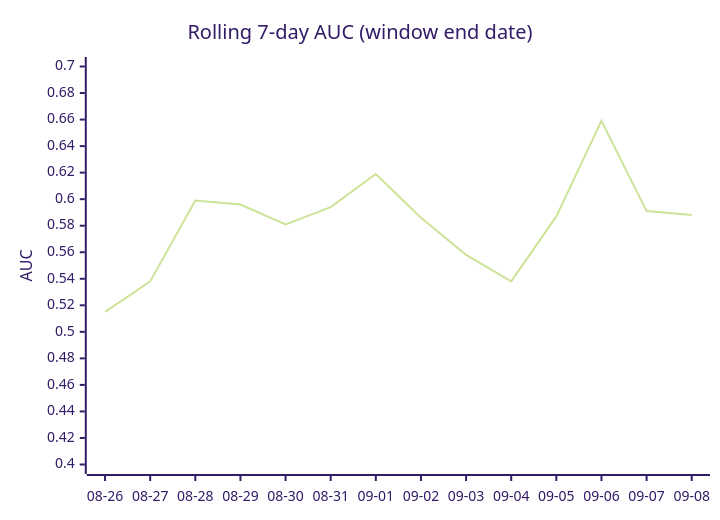
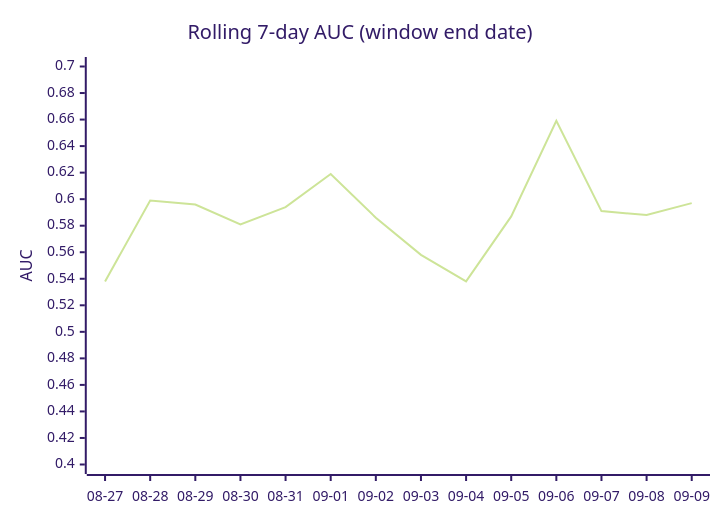
The third of 4 diagrams in DAILY_AGSU_REPORT.md (dpk1212/nhl-savant), drawn with Mermaid (forest theme) before and after one commit. The commit also changed other lines of this file, not shown here.

````diff
--- a/DAILY_AGSU_REPORT.md
+++ b/DAILY_AGSU_REPORT.md
@@ -863,7 +858,7 @@
 ```mermaid
 xychart-beta
     title "Rolling 7-day AUC (window end date)"
-    x-axis ["08-26", "08-27", "08-28", "08-29", "08-30", "08-31", "09-01", "09-02", "09-03", "09-04", "09-05", "09-06", "09-07", "09-08"]
+    x-axis ["08-27", "08-28", "08-29", "08-30", "08-31", "09-01", "09-02", "09-03", "09-04", "09-05", "09-06", "09-07", "09-08", "09-09"]
     y-axis "AUC" 0.4 --> 0.7
-    line [0.515, 0.538, 0.599, 0.596, 0.581, 0.594, 0.619, 0.586, 0.558, 0.538, 0.587, 0.659, 0.591, 0.588]
+    line [0.538, 0.599, 0.596, 0.581, 0.594, 0.619, 0.586, 0.558, 0.538, 0.587, 0.659, 0.591, 0.588, 0.597]
 ```
````
